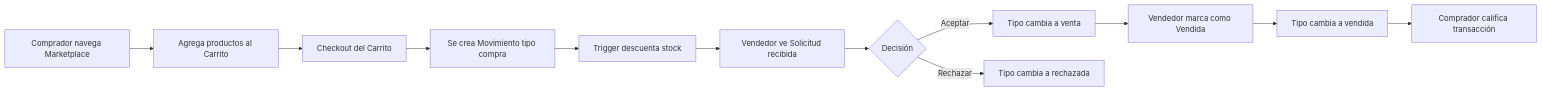
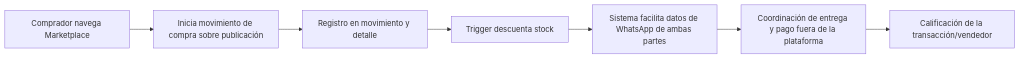
Before and after one commit to danieldavid-23/agrosft: the second of 3 diagrams in docs/PROJECT_CONTEXT.md, drawn with Mermaid. The commit also changed other lines of this file and 7 other files, not shown here.

````diff
--- a/docs/PROJECT_CONTEXT.md
+++ b/docs/PROJECT_CONTEXT.md
@@ -147,14 +147,9 @@
 ```mermaid
 graph LR
-    A[Comprador navega Marketplace] --> B[Agrega productos al Carrito]
-    B --> C[Checkout del Carrito]
-    C --> D[Se crea Movimiento tipo compra]
-    D --> E[Trigger descuenta stock]
-    E --> F[Vendedor ve Solicitud recibida]
-    F --> G{Decisión}
-    G -->|Aceptar| H[Tipo cambia a venta]
-    G -->|Rechazar| I[Tipo cambia a rechazada]
-    H --> J[Vendedor marca como Vendida]
-    J --> K[Tipo cambia a vendida]
-    K --> L[Comprador califica transacción]
+    A[Comprador navega Marketplace] --> B[Inicia movimiento de compra sobre publicación]
+    B --> C[Registro en movimiento y detalle]
+    C --> D[Trigger descuenta stock]
+    D --> E[Sistema facilita datos de WhatsApp de ambas partes]
+    E --> F[Coordinación de entrega y pago fuera de la plataforma]
+    F --> G[Calificación de la transacción/vendedor]
 ```
````
